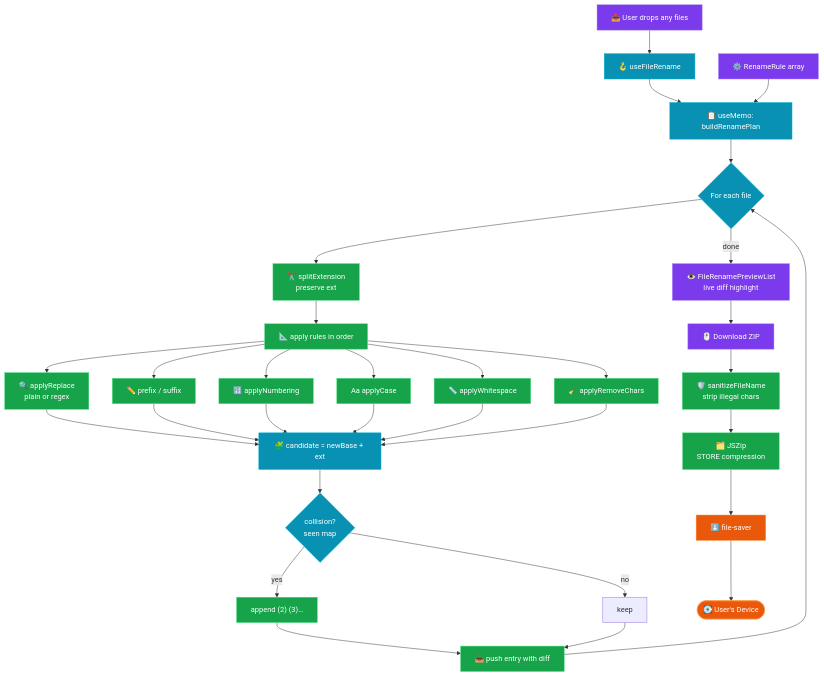
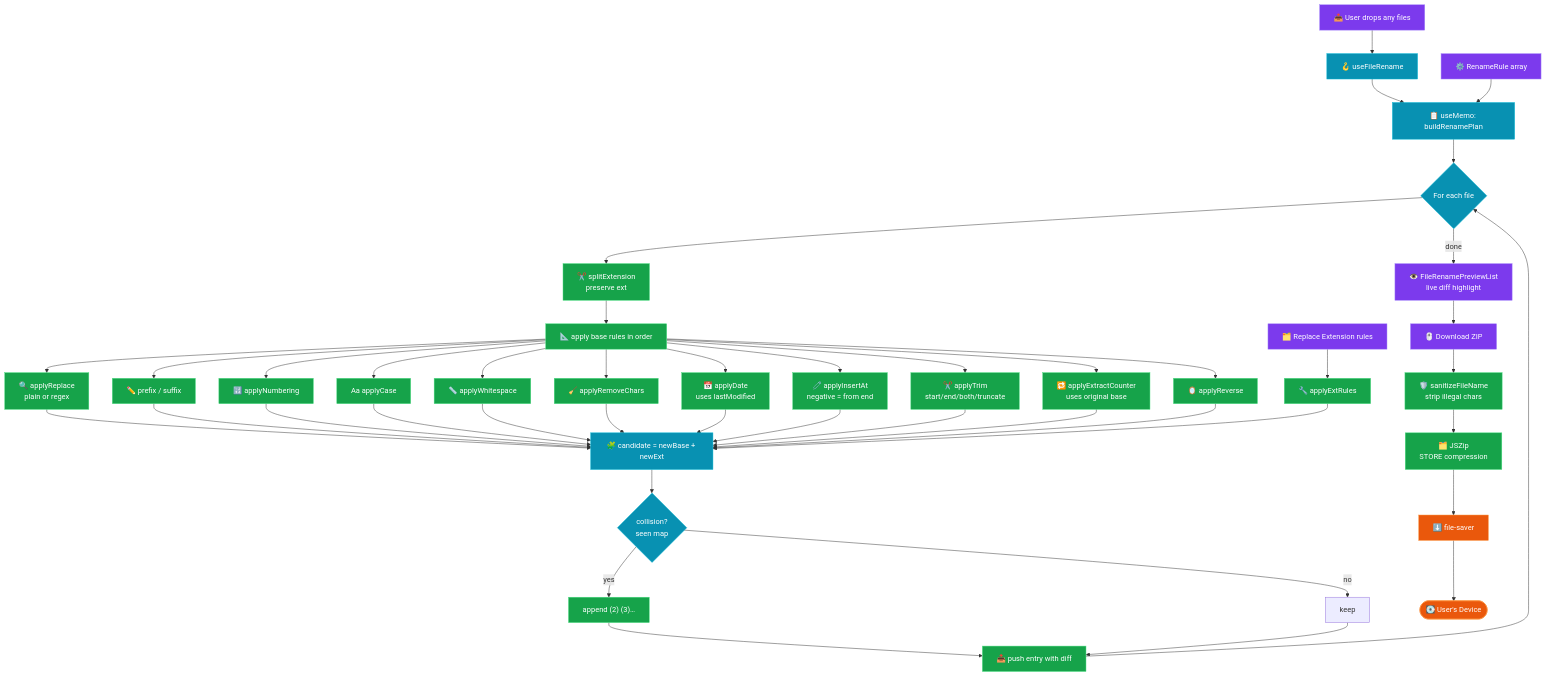
One commit to girishlade111/image-squeeze-express changed the fourth of 5 diagrams in README.md. Above: the diagram before and after it, drawn with Mermaid.

Commit message:
docs: update project flowchart to include new image transformation and extension rules

````diff
--- a/README.md
+++ b/README.md
@@ -404,48 +404,61 @@
 ```mermaid
 flowchart TB
     Drop[📤 User drops any files] --> Hook[🪝 useFileRename]
     Hook --> Plan[📋 useMemo: buildRenamePlan]
 
     Rules[⚙️ RenameRule array] --> Plan
     Plan --> Loop{For each file}
     Loop --> Split[✂️ splitExtension<br/>preserve ext]
 
-    Split --> Order[📐 apply rules in order]
+    Split --> Order[📐 apply base rules in order]
     Order --> Replace[🔍 applyReplace<br/>plain or regex]
     Order --> Affix[✏️ prefix / suffix]
     Order --> Number[🔢 applyNumbering]
     Order --> Case[Aa applyCase]
     Order --> Space[📏 applyWhitespace]
     Order --> Strip[🧹 applyRemoveChars]
+    Order --> Date[📅 applyDate<br/>uses lastModified]
+    Order --> Insert[🧷 applyInsertAt<br/>negative = from end]
+    Order --> Trim[✂️ applyTrim<br/>start/end/both/truncate]
+    Order --> Counter[🔁 applyExtractCounter<br/>uses original base]
+    Order --> Reverse[🪞 applyReverse]
 
-    Replace --> Compose[🧩 candidate = newBase + ext]
+    Replace --> Compose[🧩 candidate = newBase + newExt]
     Affix --> Compose
     Number --> Compose
     Case --> Compose
     Space --> Compose
     Strip --> Compose
+    Date --> Compose
+    Insert --> Compose
+    Trim --> Compose
+    Counter --> Compose
+    Reverse --> Compose
+
+    ExtRules[🗂️ Replace Extension rules] --> NewExt[🔧 applyExtRules]
+    NewExt --> Compose
 
     Compose --> Dedup{collision?<br/>seen map}
     Dedup -->|yes| Suffix["append (2) (3)…"]
     Dedup -->|no| Keep[keep]
     Suffix --> Push[📥 push entry with diff]
     Keep --> Push
     Push --> Loop
 
     Loop -->|done| Preview[👁️ FileRenamePreviewList<br/>live diff highlight]
     Preview --> Click[🖱️ Download ZIP]
     Click --> Sanitise[🛡️ sanitizeFileName<br/>strip illegal chars]
     Sanitise --> Zip[🗂️ JSZip<br/>STORE compression]
     Zip --> Save[⬇️ file-saver]
     Save --> Disk([💽 User's Device])
 
     classDef ui fill:#7c3aed,stroke:#a78bfa,color:#fff
     classDef logic fill:#0891b2,stroke:#06b6d4,color:#fff
     classDef util fill:#16a34a,stroke:#4ade80,color:#fff
     classDef out fill:#ea580c,stroke:#fb923c,color:#fff
 
-    class Drop,Rules,Preview,Click ui
+    class Drop,Rules,ExtRules,Preview,Click ui
     class Hook,Plan,Loop,Compose,Dedup logic
-    class Split,Order,Replace,Affix,Number,Case,Space,Strip,Suffix,Push,Sanitise,Zip util
+    class Split,Order,Replace,Affix,Number,Case,Space,Strip,Date,Insert,Trim,Counter,Reverse,NewExt,Suffix,Push,Sanitise,Zip util
     class Save,Disk out
 ```
````
